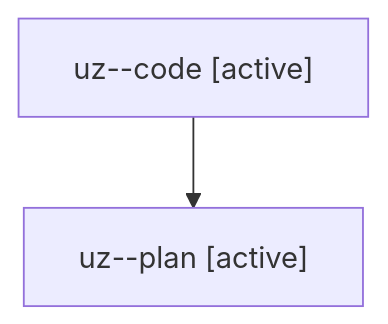
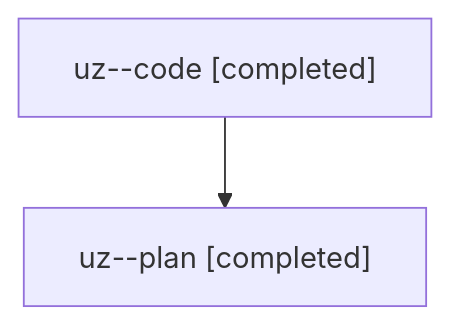
Before and after one commit to sase-org/sase--agents: the diagram in families/bbugyi200.athena.uz.md, drawn with Mermaid. The commit also changed other lines of this file and 367 other files, not shown here.

````diff
--- a/families/bbugyi200.athena.uz.md
+++ b/families/bbugyi200.athena.uz.md
@@ -9,6 +9,6 @@
 ```mermaid
 flowchart TD
-  n0["uz--code [active]"]
-  n1["uz--plan [active]"]
+  n0["uz--code [completed]"]
+  n1["uz--plan [completed]"]
   n0 --> n1
 ```
````
